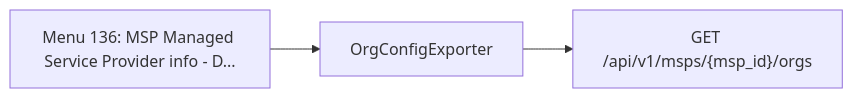
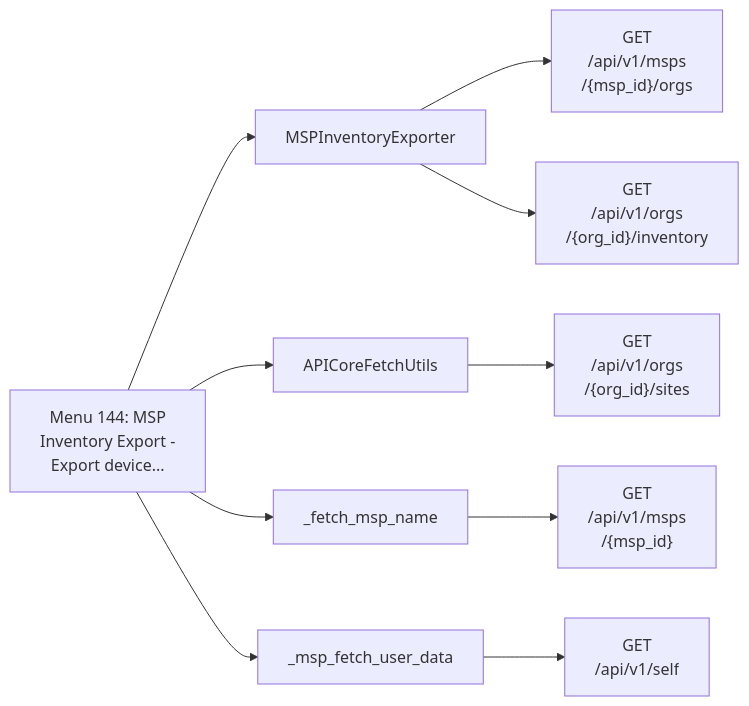
Before and after one commit to jmorrison-juniper/MistHelper: diagram 12 of 18 in documentation/menu-api/interactive.md, drawn with Mermaid. The commit also changed other lines of this file and 19 other files, not shown here.

First line of the commit message:
docs(menu-api): fit the Mermaid diagrams to the wiki column (#3463)

````diff
--- a/documentation/menu-api/interactive.md
+++ b/documentation/menu-api/interactive.md
@@ -488,6 +470,13 @@
 ```mermaid
 flowchart LR
-    menu["Menu 136: MSP Managed Service Provider info - D..."]
-    menu --> c1["OrgConfigExporter"]
-    c1 --> e1["GET /api/v1/msps/{msp_id}/orgs"]
+    menu["Menu 144: MSP<br/>Inventory Export -<br/>Export device..."]
+    menu --> c1["MSPInventoryExporter"]
+    c1 --> e1["GET<br/>/api/v1/msps<br/>/{msp_id}/orgs"]
+    c1 --> e2["GET<br/>/api/v1/orgs<br/>/{org_id}/inventory"]
+    menu --> c2["APICoreFetchUtils"]
+    c2 --> e3["GET<br/>/api/v1/orgs<br/>/{org_id}/sites"]
+    menu --> c3["_fetch_msp_name"]
+    c3 --> e4["GET<br/>/api/v1/msps<br/>/{msp_id}"]
+    menu --> c4["_msp_fetch_user_data"]
+    c4 --> e5["GET<br/>/api/v1/self"]
 ```
````
